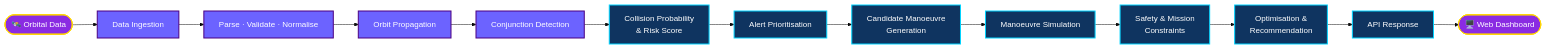
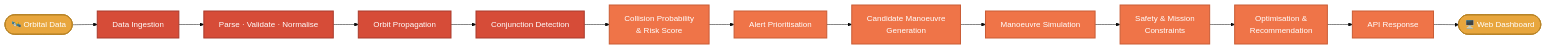
One commit to Shivanshi388/CelestIQ changed the second of 2 diagrams in README.md. Above: the diagram before and after it, drawn with Mermaid (base theme). The commit also changed other lines of this file, not shown here.

````diff
--- a/README.md
+++ b/README.md
@@ -247,23 +249,23 @@
 ```mermaid
 flowchart LR
     A([🛰️ Orbital Data]) --> B[Data Ingestion]
     B --> C[Parse · Validate · Normalise]
     C --> D[Orbit Propagation]
     D --> E[Conjunction Detection]
     E --> F[Collision Probability<br/>& Risk Score]
     F --> G[Alert Prioritisation]
     G --> H[Candidate Manoeuvre<br/>Generation]
     H --> I[Manoeuvre Simulation]
     I --> J[Safety & Mission<br/>Constraints]
     J --> K[Optimisation &<br/>Recommendation]
     K --> L[API Response]
     L --> M([🖥️ Web Dashboard])
 
-    classDef purple fill:#6C63FF,stroke:#4B0082,color:#fff,stroke-width:2px
-    classDef blue fill:#0f3460,stroke:#00d4ff,color:#fff,stroke-width:2px
-    classDef gold fill:#8A2BE2,stroke:#ffd700,color:#fff,stroke-width:2px
+    classDef primary fill:#D64C38,stroke:#A93B2C,color:#fff,stroke-width:2px
+    classDef secondary fill:#EF7448,stroke:#C95C35,color:#fff,stroke-width:2px
+    classDef accent fill:#E8A63D,stroke:#B78327,color:#fff,stroke-width:2px
 
-    class A,M gold
-    class B,C,D,E purple
-    class F,G,H,I,J,K,L blue
+    class A,M accent
+    class B,C,D,E primary
+    class F,G,H,I,J,K,L secondary
 ```
````
